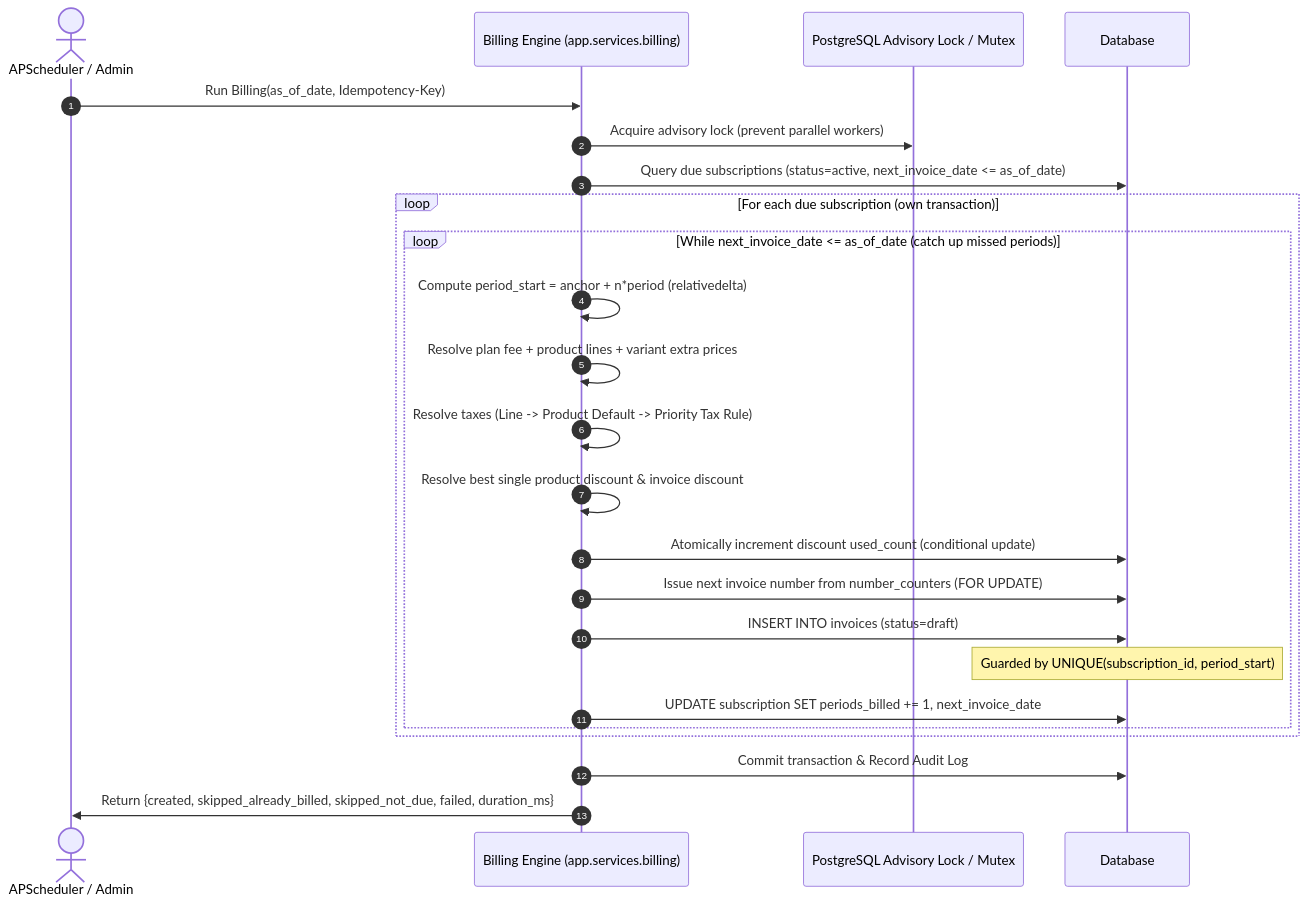
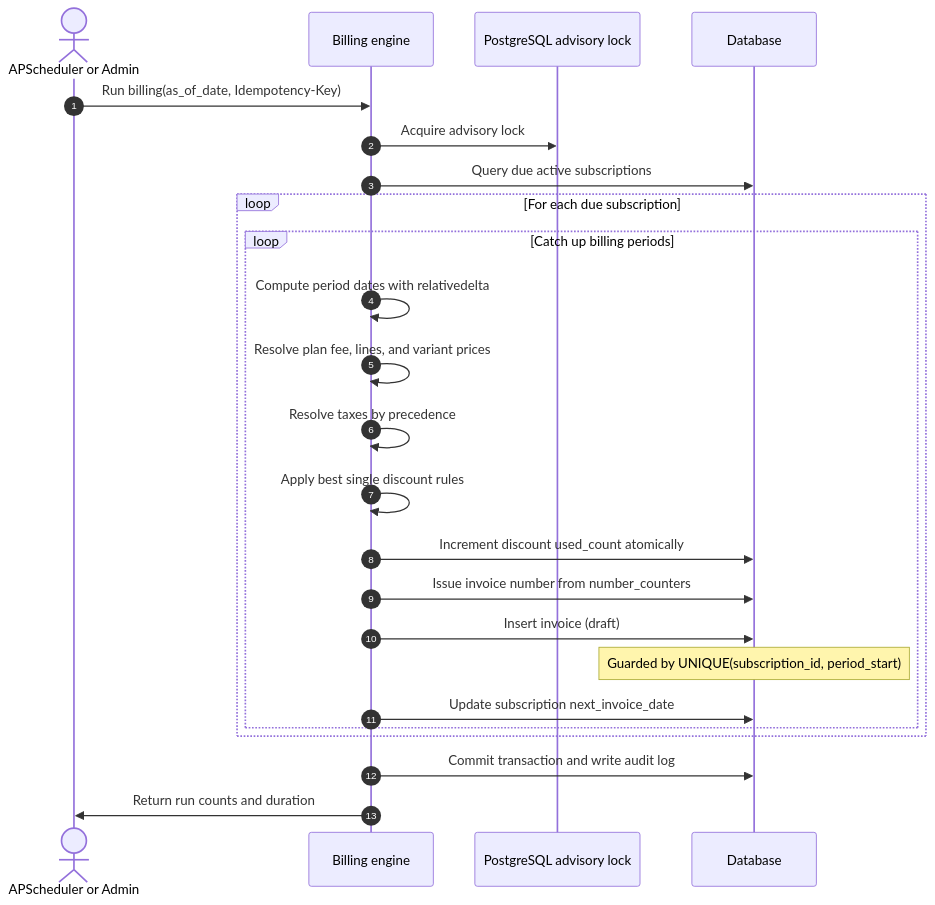
The third of 3 diagrams in docs/ARCHITECTURE.md (Harisankar005/orbitledger-subscription-ops), drawn with Mermaid before and after one commit. The commit also changed other lines of this file and 6 other files, not shown here.

````diff
--- a/docs/ARCHITECTURE.md
+++ b/docs/ARCHITECTURE.md
@@ -68,27 +59,27 @@
 ```mermaid
 sequenceDiagram
     autonumber
-    actor Scheduler as APScheduler / Admin
-    participant Engine as Billing Engine (app.services.billing)
-    participant Lock as PostgreSQL Advisory Lock / Mutex
+    actor Scheduler as APScheduler or Admin
+    participant Engine as Billing engine
+    participant Lock as PostgreSQL advisory lock
     participant DB as Database
 
-    Scheduler->>Engine: Run Billing(as_of_date, Idempotency-Key)
-    Engine->>Lock: Acquire advisory lock (prevent parallel workers)
-    Engine->>DB: Query due subscriptions (status=active, next_invoice_date <= as_of_date)
-    loop For each due subscription (own transaction)
-        loop While next_invoice_date <= as_of_date (catch up missed periods)
-            Engine->>Engine: Compute period_start = anchor + n*period (relativedelta)
-            Engine->>Engine: Resolve plan fee + product lines + variant extra prices
-            Engine->>Engine: Resolve taxes (Line -> Product Default -> Priority Tax Rule)
-            Engine->>Engine: Resolve best single product discount & invoice discount
-            Engine->>DB: Atomically increment discount used_count (conditional update)
-            Engine->>DB: Issue next invoice number from number_counters (FOR UPDATE)
-            Engine->>DB: INSERT INTO invoices (status=draft)
+    Scheduler->>Engine: Run billing(as_of_date, Idempotency-Key)
+    Engine->>Lock: Acquire advisory lock
+    Engine->>DB: Query due active subscriptions
+    loop For each due subscription
+        loop Catch up billing periods
+            Engine->>Engine: Compute period dates with relativedelta
+            Engine->>Engine: Resolve plan fee, lines, and variant prices
+            Engine->>Engine: Resolve taxes by precedence
+            Engine->>Engine: Apply best single discount rules
+            Engine->>DB: Increment discount used_count atomically
+            Engine->>DB: Issue invoice number from number_counters
+            Engine->>DB: Insert invoice (draft)
             Note over DB: Guarded by UNIQUE(subscription_id, period_start)
-            Engine->>DB: UPDATE subscription SET periods_billed += 1, next_invoice_date
+            Engine->>DB: Update subscription next_invoice_date
         end
     end
-    Engine->>DB: Commit transaction & Record Audit Log
-    Engine->>Scheduler: Return {created, skipped_already_billed, skipped_not_due, failed, duration_ms}
+    Engine->>DB: Commit transaction and write audit log
+    Engine->>Scheduler: Return run counts and duration
 ```
````
